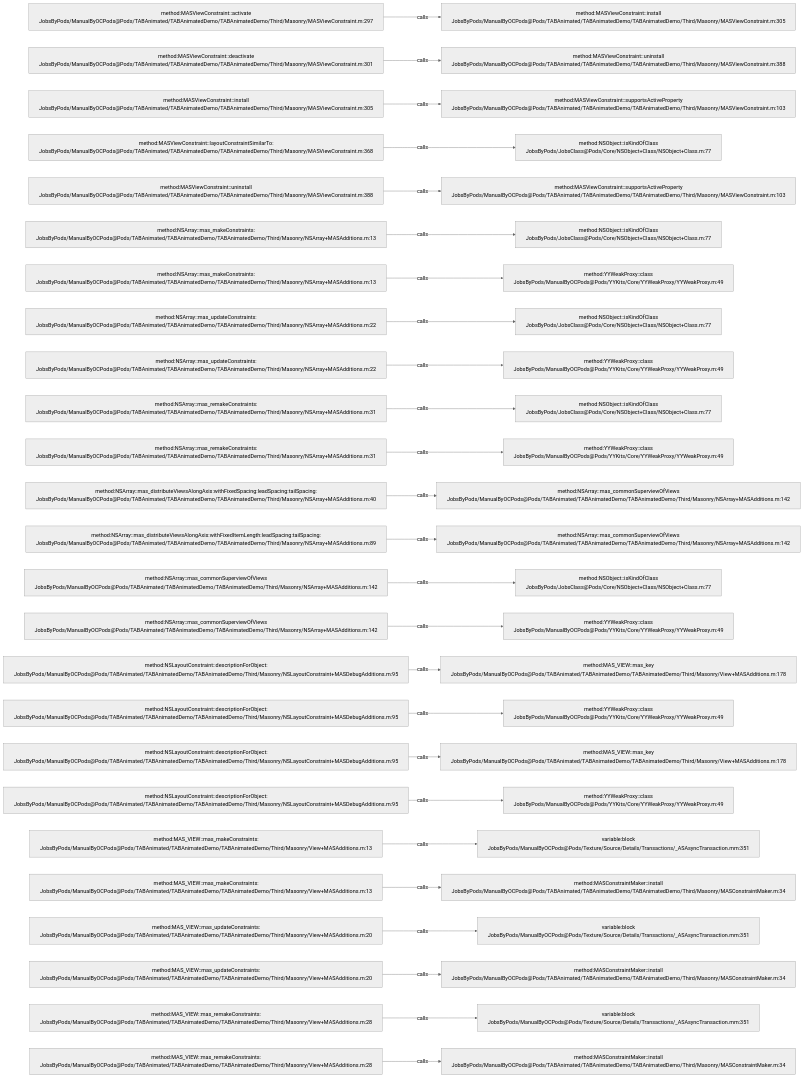
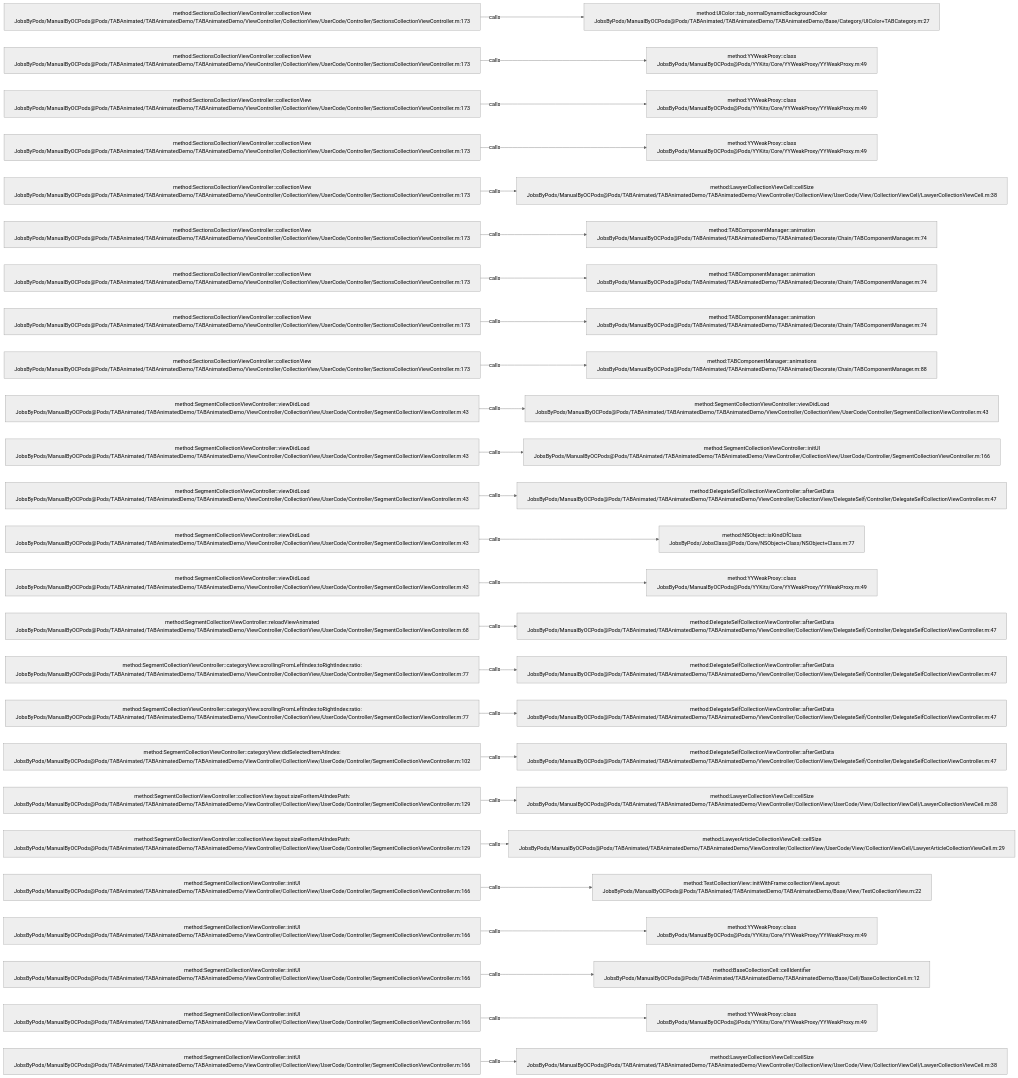
Before and after one commit to JobsKits/JobsOCBaseConfigDemo: the diagram in .codegraph/codegraph.md/graphs/calls-053.md, drawn with Mermaid (neutral theme). The commit also changed 1223 other files, not shown here.

````diff
--- a/.codegraph/codegraph.md/graphs/calls-053.md
+++ b/.codegraph/codegraph.md/graphs/calls-053.md
@@ -13,78 +13,78 @@
 ```mermaid
 flowchart LR
-  S1["method:MASViewConstraint::activate<br/>JobsByPods/ManualByOCPods@Pods/TABAnimated/TABAnimatedDemo/TABAnimatedDemo/Third/Masonry/MASViewConstraint.m:297"]
-  T1["method:MASViewConstraint::install<br/>JobsByPods/ManualByOCPods@Pods/TABAnimated/TABAnimatedDemo/TABAnimatedDemo/Third/Masonry/MASViewConstraint.m:305"]
+  S1["method:SectionsCollectionViewController::collectionView<br/>JobsByPods/ManualByOCPods@Pods/TABAnimated/TABAnimatedDemo/TABAnimatedDemo/ViewController/CollectionView/UserCode/Controller/SectionsCollectionViewController.m:173"]
+  T1["method:UIColor::tab_normalDynamicBackgroundColor<br/>JobsByPods/ManualByOCPods@Pods/TABAnimated/TABAnimatedDemo/TABAnimatedDemo/Base/Category/UIColor+TABCategory.m:27"]
   S1 -->|calls| T1
-  S2["method:MASViewConstraint::deactivate<br/>JobsByPods/ManualByOCPods@Pods/TABAnimated/TABAnimatedDemo/TABAnimatedDemo/Third/Masonry/MASViewConstraint.m:301"]
-  T2["method:MASViewConstraint::uninstall<br/>JobsByPods/ManualByOCPods@Pods/TABAnimated/TABAnimatedDemo/TABAnimatedDemo/Third/Masonry/MASViewConstraint.m:388"]
+  S2["method:SectionsCollectionViewController::collectionView<br/>JobsByPods/ManualByOCPods@Pods/TABAnimated/TABAnimatedDemo/TABAnimatedDemo/ViewController/CollectionView/UserCode/Controller/SectionsCollectionViewController.m:173"]
+  T2["method:YYWeakProxy::class<br/>JobsByPods/ManualByOCPods@Pods/YYKits/Core/YYWeakProxy/YYWeakProxy.m:49"]
   S2 -->|calls| T2
-  S3["method:MASViewConstraint::install<br/>JobsByPods/ManualByOCPods@Pods/TABAnimated/TABAnimatedDemo/TABAnimatedDemo/Third/Masonry/MASViewConstraint.m:305"]
-  T3["method:MASViewConstraint::supportsActiveProperty<br/>JobsByPods/ManualByOCPods@Pods/TABAnimated/TABAnimatedDemo/TABAnimatedDemo/Third/Masonry/MASViewConstraint.m:103"]
+  S3["method:SectionsCollectionViewController::collectionView<br/>JobsByPods/ManualByOCPods@Pods/TABAnimated/TABAnimatedDemo/TABAnimatedDemo/ViewController/CollectionView/UserCode/Controller/SectionsCollectionViewController.m:173"]
+  T3["method:YYWeakProxy::class<br/>JobsByPods/ManualByOCPods@Pods/YYKits/Core/YYWeakProxy/YYWeakProxy.m:49"]
   S3 -->|calls| T3
-  S4["method:MASViewConstraint::layoutConstraintSimilarTo:<br/>JobsByPods/ManualByOCPods@Pods/TABAnimated/TABAnimatedDemo/TABAnimatedDemo/Third/Masonry/MASViewConstraint.m:368"]
-  T4["method:NSObject::isKindOfClass<br/>JobsByPods/JobsClass@Pods/Core/NSObject+Class/NSObject+Class.m:77"]
+  S4["method:SectionsCollectionViewController::collectionView<br/>JobsByPods/ManualByOCPods@Pods/TABAnimated/TABAnimatedDemo/TABAnimatedDemo/ViewController/CollectionView/UserCode/Controller/SectionsCollectionViewController.m:173"]
+  T4["method:YYWeakProxy::class<br/>JobsByPods/ManualByOCPods@Pods/YYKits/Core/YYWeakProxy/YYWeakProxy.m:49"]
   S4 -->|calls| T4
-  S5["method:MASViewConstraint::uninstall<br/>JobsByPods/ManualByOCPods@Pods/TABAnimated/TABAnimatedDemo/TABAnimatedDemo/Third/Masonry/MASViewConstraint.m:388"]
-  T5["method:MASViewConstraint::supportsActiveProperty<br/>JobsByPods/ManualByOCPods@Pods/TABAnimated/TABAnimatedDemo/TABAnimatedDemo/Third/Masonry/MASViewConstraint.m:103"]
+  S5["method:SectionsCollectionViewController::collectionView<br/>JobsByPods/ManualByOCPods@Pods/TABAnimated/TABAnimatedDemo/TABAnimatedDemo/ViewController/CollectionView/UserCode/Controller/SectionsCollectionViewController.m:173"]
+  T5["method:LawyerCollectionViewCell::cellSize<br/>JobsByPods/ManualByOCPods@Pods/TABAnimated/TABAnimatedDemo/TABAnimatedDemo/ViewController/CollectionView/UserCode/View/CollectionViewCell/LawyerCollectionViewCell.m:38"]
   S5 -->|calls| T5
-  S6["method:NSArray::mas_makeConstraints:<br/>JobsByPods/ManualByOCPods@Pods/TABAnimated/TABAnimatedDemo/TABAnimatedDemo/Third/Masonry/NSArray+MASAdditions.m:13"]
-  T6["method:NSObject::isKindOfClass<br/>JobsByPods/JobsClass@Pods/Core/NSObject+Class/NSObject+Class.m:77"]
+  S6["method:SectionsCollectionViewController::collectionView<br/>JobsByPods/ManualByOCPods@Pods/TABAnimated/TABAnimatedDemo/TABAnimatedDemo/ViewController/CollectionView/UserCode/Controller/SectionsCollectionViewController.m:173"]
+  T6["method:TABComponentManager::animation<br/>JobsByPods/ManualByOCPods@Pods/TABAnimated/TABAnimatedDemo/TABAnimated/Decorate/Chain/TABComponentManager.m:74"]
   S6 -->|calls| T6
-  S7["method:NSArray::mas_makeConstraints:<br/>JobsByPods/ManualByOCPods@Pods/TABAnimated/TABAnimatedDemo/TABAnimatedDemo/Third/Masonry/NSArray+MASAdditions.m:13"]
-  T7["method:YYWeakProxy::class<br/>JobsByPods/ManualByOCPods@Pods/YYKits/Core/YYWeakProxy/YYWeakProxy.m:49"]
+  S7["method:SectionsCollectionViewController::collectionView<br/>JobsByPods/ManualByOCPods@Pods/TABAnimated/TABAnimatedDemo/TABAnimatedDemo/ViewController/CollectionView/UserCode/Controller/SectionsCollectionViewController.m:173"]
+  T7["method:TABComponentManager::animation<br/>JobsByPods/ManualByOCPods@Pods/TABAnimated/TABAnimatedDemo/TABAnimated/Decorate/Chain/TABComponentManager.m:74"]
   S7 -->|calls| T7
-  S8["method:NSArray::mas_updateConstraints:<br/>JobsByPods/ManualByOCPods@Pods/TABAnimated/TABAnimatedDemo/TABAnimatedDemo/Third/Masonry/NSArray+MASAdditions.m:22"]
-  T8["method:NSObject::isKindOfClass<br/>JobsByPods/JobsClass@Pods/Core/NSObject+Class/NSObject+Class.m:77"]
+  S8["method:SectionsCollectionViewController::collectionView<br/>JobsByPods/ManualByOCPods@Pods/TABAnimated/TABAnimatedDemo/TABAnimatedDemo/ViewController/CollectionView/UserCode/Controller/SectionsCollectionViewController.m:173"]
+  T8["method:TABComponentManager::animation<br/>JobsByPods/ManualByOCPods@Pods/TABAnimated/TABAnimatedDemo/TABAnimated/Decorate/Chain/TABComponentManager.m:74"]
   S8 -->|calls| T8
-  S9["method:NSArray::mas_updateConstraints:<br/>JobsByPods/ManualByOCPods@Pods/TABAnimated/TABAnimatedDemo/TABAnimatedDemo/Third/Masonry/NSArray+MASAdditions.m:22"]
-  T9["method:YYWeakProxy::class<br/>JobsByPods/ManualByOCPods@Pods/YYKits/Core/YYWeakProxy/YYWeakProxy.m:49"]
+  S9["method:SectionsCollectionViewController::collectionView<br/>JobsByPods/ManualByOCPods@Pods/TABAnimated/TABAnimatedDemo/TABAnimatedDemo/ViewController/CollectionView/UserCode/Controller/SectionsCollectionViewController.m:173"]
+  T9["method:TABComponentManager::animations<br/>JobsByPods/ManualByOCPods@Pods/TABAnimated/TABAnimatedDemo/TABAnimated/Decorate/Chain/TABComponentManager.m:88"]
   S9 -->|calls| T9
-  S10["method:NSArray::mas_remakeConstraints:<br/>JobsByPods/ManualByOCPods@Pods/TABAnimated/TABAnimatedDemo/TABAnimatedDemo/Third/Masonry/NSArray+MASAdditions.m:31"]
-  T10["method:NSObject::isKindOfClass<br/>JobsByPods/JobsClass@Pods/Core/NSObject+Class/NSObject+Class.m:77"]
+  S10["method:SegmentCollectionViewController::viewDidLoad<br/>JobsByPods/ManualByOCPods@Pods/TABAnimated/TABAnimatedDemo/TABAnimatedDemo/ViewController/CollectionView/UserCode/Controller/SegmentCollectionViewController.m:43"]
+  T10["method:SegmentCollectionViewController::viewDidLoad<br/>JobsByPods/ManualByOCPods@Pods/TABAnimated/TABAnimatedDemo/TABAnimatedDemo/ViewController/CollectionView/UserCode/Controller/SegmentCollectionViewController.m:43"]
   S10 -->|calls| T10
-  S11["method:NSArray::mas_remakeConstraints:<br/>JobsByPods/ManualByOCPods@Pods/TABAnimated/TABAnimatedDemo/TABAnimatedDemo/Third/Masonry/NSArray+MASAdditions.m:31"]
-  T11["method:YYWeakProxy::class<br/>JobsByPods/ManualByOCPods@Pods/YYKits/Core/YYWeakProxy/YYWeakProxy.m:49"]
+  S11["method:SegmentCollectionViewController::viewDidLoad<br/>JobsByPods/ManualByOCPods@Pods/TABAnimated/TABAnimatedDemo/TABAnimatedDemo/ViewController/CollectionView/UserCode/Controller/SegmentCollectionViewController.m:43"]
+  T11["method:SegmentCollectionViewController::initUI<br/>JobsByPods/ManualByOCPods@Pods/TABAnimated/TABAnimatedDemo/TABAnimatedDemo/ViewController/CollectionView/UserCode/Controller/SegmentCollectionViewController.m:166"]
   S11 -->|calls| T11
-  S12["method:NSArray::mas_distributeViewsAlongAxis:withFixedSpacing:leadSpacing:tailSpacing:<br/>JobsByPods/ManualByOCPods@Pods/TABAnimated/TABAnimatedDemo/TABAnimatedDemo/Third/Masonry/NSArray+MASAdditions.m:40"]
-  T12["method:NSArray::mas_commonSuperviewOfViews<br/>JobsByPods/ManualByOCPods@Pods/TABAnimated/TABAnimatedDemo/TABAnimatedDemo/Third/Masonry/NSArray+MASAdditions.m:142"]
+  S12["method:SegmentCollectionViewController::viewDidLoad<br/>JobsByPods/ManualByOCPods@Pods/TABAnimated/TABAnimatedDemo/TABAnimatedDemo/ViewController/CollectionView/UserCode/Controller/SegmentCollectionViewController.m:43"]
+  T12["method:DelegateSelfCollectionViewController::afterGetData<br/>JobsByPods/ManualByOCPods@Pods/TABAnimated/TABAnimatedDemo/TABAnimatedDemo/ViewController/CollectionView/DelegateSelf/Controller/DelegateSelfCollectionViewController.m:47"]
   S12 -->|calls| T12
-  S13["method:NSArray::mas_distributeViewsAlongAxis:withFixedItemLength:leadSpacing:tailSpacing:<br/>JobsByPods/ManualByOCPods@Pods/TABAnimated/TABAnimatedDemo/TABAnimatedDemo/Third/Masonry/NSArray+MASAdditions.m:89"]
-  T13["method:NSArray::mas_commonSuperviewOfViews<br/>JobsByPods/ManualByOCPods@Pods/TABAnimated/TABAnimatedDemo/TABAnimatedDemo/Third/Masonry/NSArray+MASAdditions.m:142"]
+  S13["method:SegmentCollectionViewController::viewDidLoad<br/>JobsByPods/ManualByOCPods@Pods/TABAnimated/TABAnimatedDemo/TABAnimatedDemo/ViewController/CollectionView/UserCode/Controller/SegmentCollectionViewController.m:43"]
+  T13["method:NSObject::isKindOfClass<br/>JobsByPods/JobsClass@Pods/Core/NSObject+Class/NSObject+Class.m:77"]
   S13 -->|calls| T13
-  S14["method:NSArray::mas_commonSuperviewOfViews<br/>JobsByPods/ManualByOCPods@Pods/TABAnimated/TABAnimatedDemo/TABAnimatedDemo/Third/Masonry/NSArray+MASAdditions.m:142"]
-  T14["method:NSObject::isKindOfClass<br/>JobsByPods/JobsClass@Pods/Core/NSObject+Class/NSObject+Class.m:77"]
+  S14["method:SegmentCollectionViewController::viewDidLoad<br/>JobsByPods/ManualByOCPods@Pods/TABAnimated/TABAnimatedDemo/TABAnimatedDemo/ViewController/CollectionView/UserCode/Controller/SegmentCollectionViewController.m:43"]
+  T14["method:YYWeakProxy::class<br/>JobsByPods/ManualByOCPods@Pods/YYKits/Core/YYWeakProxy/YYWeakProxy.m:49"]
   S14 -->|calls| T14
-  S15["method:NSArray::mas_commonSuperviewOfViews<br/>JobsByPods/ManualByOCPods@Pods/TABAnimated/TABAnimatedDemo/TABAnimatedDemo/Third/Masonry/NSArray+MASAdditions.m:142"]
-  T15["method:YYWeakProxy::class<br/>JobsByPods/ManualByOCPods@Pods/YYKits/Core/YYWeakProxy/YYWeakProxy.m:49"]
+  S15["method:SegmentCollectionViewController::reloadViewAnimated<br/>JobsByPods/ManualByOCPods@Pods/TABAnimated/TABAnimatedDemo/TABAnimatedDemo/ViewController/CollectionView/UserCode/Controller/SegmentCollectionViewController.m:68"]
+  T15["method:DelegateSelfCollectionViewController::afterGetData<br/>JobsByPods/ManualByOCPods@Pods/TABAnimated/TABAnimatedDemo/TABAnimatedDemo/ViewController/CollectionView/DelegateSelf/Controller/DelegateSelfCollectionViewController.m:47"]
   S15 -->|calls| T15
-  S16["method:NSLayoutConstraint::descriptionForObject:<br/>JobsByPods/ManualByOCPods@Pods/TABAnimated/TABAnimatedDemo/TABAnimatedDemo/Third/Masonry/NSLayoutConstraint+MASDebugAdditions.m:95"]
-  T16["method:MAS_VIEW::mas_key<br/>JobsByPods/ManualByOCPods@Pods/TABAnimated/TABAnimatedDemo/TABAnimatedDemo/Third/Masonry/View+MASAdditions.m:178"]
+  S16["method:SegmentCollectionViewController::categoryView:scrollingFromLeftIndex:toRightIndex:ratio:<br/>JobsByPods/ManualByOCPods@Pods/TABAnimated/TABAnimatedDemo/TABAnimatedDemo/ViewController/CollectionView/UserCode/Controller/SegmentCollectionViewController.m:77"]
+  T16["method:DelegateSelfCollectionViewController::afterGetData<br/>JobsByPods/ManualByOCPods@Pods/TABAnimated/TABAnimatedDemo/TABAnimatedDemo/ViewController/CollectionView/DelegateSelf/Controller/DelegateSelfCollectionViewController.m:47"]
   S16 -->|calls| T16
-  S17["method:NSLayoutConstraint::descriptionForObject:<br/>JobsByPods/ManualByOCPods@Pods/TABAnimated/TABAnimatedDemo/TABAnimatedDemo/Third/Masonry/NSLayoutConstraint+MASDebugAdditions.m:95"]
-  T17["method:YYWeakProxy::class<br/>JobsByPods/ManualByOCPods@Pods/YYKits/Core/YYWeakProxy/YYWeakProxy.m:49"]
+  S17["method:SegmentCollectionViewController::categoryView:scrollingFromLeftIndex:toRightIndex:ratio:<br/>JobsByPods/ManualByOCPods@Pods/TABAnimated/TABAnimatedDemo/TABAnimatedDemo/ViewController/CollectionView/UserCode/Controller/SegmentCollectionViewController.m:77"]
+  T17["method:DelegateSelfCollectionViewController::afterGetData<br/>JobsByPods/ManualByOCPods@Pods/TABAnimated/TABAnimatedDemo/TABAnimatedDemo/ViewController/CollectionView/DelegateSelf/Controller/DelegateSelfCollectionViewController.m:47"]
   S17 -->|calls| T17
-  S18["method:NSLayoutConstraint::descriptionForObject:<br/>JobsByPods/ManualByOCPods@Pods/TABAnimated/TABAnimatedDemo/TABAnimatedDemo/Third/Masonry/NSLayoutConstraint+MASDebugAdditions.m:95"]
-  T18["method:MAS_VIEW::mas_key<br/>JobsByPods/ManualByOCPods@Pods/TABAnimated/TABAnimatedDemo/TABAnimatedDemo/Third/Masonry/View+MASAdditions.m:178"]
+  S18["method:SegmentCollectionViewController::categoryView:didSelectedItemAtIndex:<br/>JobsByPods/ManualByOCPods@Pods/TABAnimated/TABAnimatedDemo/TABAnimatedDemo/ViewController/CollectionView/UserCode/Controller/SegmentCollectionViewController.m:102"]
+  T18["method:DelegateSelfCollectionViewController::afterGetData<br/>JobsByPods/ManualByOCPods@Pods/TABAnimated/TABAnimatedDemo/TABAnimatedDemo/ViewController/CollectionView/DelegateSelf/Controller/DelegateSelfCollectionViewController.m:47"]
   S18 -->|calls| T18
-  S19["method:NSLayoutConstraint::descriptionForObject:<br/>JobsByPods/ManualByOCPods@Pods/TABAnimated/TABAnimatedDemo/TABAnimatedDemo/Third/Masonry/NSLayoutConstraint+MASDebugAdditions.m:95"]
-  T19["method:YYWeakProxy::class<br/>JobsByPods/ManualByOCPods@Pods/YYKits/Core/YYWeakProxy/YYWeakProxy.m:49"]
+  S19["method:SegmentCollectionViewController::collectionView:layout:sizeForItemAtIndexPath:<br/>JobsByPods/ManualByOCPods@Pods/TABAnimated/TABAnimatedDemo/TABAnimatedDemo/ViewController/CollectionView/UserCode/Controller/SegmentCollectionViewController.m:129"]
+  T19["method:LawyerCollectionViewCell::cellSize<br/>JobsByPods/ManualByOCPods@Pods/TABAnimated/TABAnimatedDemo/TABAnimatedDemo/ViewController/CollectionView/UserCode/View/CollectionViewCell/LawyerCollectionViewCell.m:38"]
   S19 -->|calls| T19
-  S20["method:MAS_VIEW::mas_makeConstraints:<br/>JobsByPods/ManualByOCPods@Pods/TABAnimated/TABAnimatedDemo/TABAnimatedDemo/Third/Masonry/View+MASAdditions.m:13"]
-  T20["variable:block<br/>JobsByPods/ManualByOCPods@Pods/Texture/Source/Details/Transactions/_ASAsyncTransaction.mm:351"]
+  S20["method:SegmentCollectionViewController::collectionView:layout:sizeForItemAtIndexPath:<br/>JobsByPods/ManualByOCPods@Pods/TABAnimated/TABAnimatedDemo/TABAnimatedDemo/ViewController/CollectionView/UserCode/Controller/SegmentCollectionViewController.m:129"]
+  T20["method:LawyerArticleCollectionViewCell::cellSize<br/>JobsByPods/ManualByOCPods@Pods/TABAnimated/TABAnimatedDemo/TABAnimatedDemo/ViewController/CollectionView/UserCode/View/CollectionViewCell/LawyerArticleCollectionViewCell.m:29"]
   S20 -->|calls| T20
-  S21["method:MAS_VIEW::mas_makeConstraints:<br/>JobsByPods/ManualByOCPods@Pods/TABAnimated/TABAnimatedDemo/TABAnimatedDemo/Third/Masonry/View+MASAdditions.m:13"]
-  T21["method:MASConstraintMaker::install<br/>JobsByPods/ManualByOCPods@Pods/TABAnimated/TABAnimatedDemo/TABAnimatedDemo/Third/Masonry/MASConstraintMaker.m:34"]
+  S21["method:SegmentCollectionViewController::initUI<br/>JobsByPods/ManualByOCPods@Pods/TABAnimated/TABAnimatedDemo/TABAnimatedDemo/ViewController/CollectionView/UserCode/Controller/SegmentCollectionViewController.m:166"]
+  T21["method:TestCollectionView::initWithFrame:collectionViewLayout:<br/>JobsByPods/ManualByOCPods@Pods/TABAnimated/TABAnimatedDemo/TABAnimatedDemo/Base/View/TestCollectionView.m:22"]
   S21 -->|calls| T21
-  S22["method:MAS_VIEW::mas_updateConstraints:<br/>JobsByPods/ManualByOCPods@Pods/TABAnimated/TABAnimatedDemo/TABAnimatedDemo/Third/Masonry/View+MASAdditions.m:20"]
-  T22["variable:block<br/>JobsByPods/ManualByOCPods@Pods/Texture/Source/Details/Transactions/_ASAsyncTransaction.mm:351"]
+  S22["method:SegmentCollectionViewController::initUI<br/>JobsByPods/ManualByOCPods@Pods/TABAnimated/TABAnimatedDemo/TABAnimatedDemo/ViewController/CollectionView/UserCode/Controller/SegmentCollectionViewController.m:166"]
+  T22["method:YYWeakProxy::class<br/>JobsByPods/ManualByOCPods@Pods/YYKits/Core/YYWeakProxy/YYWeakProxy.m:49"]
   S22 -->|calls| T22
-  S23["method:MAS_VIEW::mas_updateConstraints:<br/>JobsByPods/ManualByOCPods@Pods/TABAnimated/TABAnimatedDemo/TABAnimatedDemo/Third/Masonry/View+MASAdditions.m:20"]
-  T23["method:MASConstraintMaker::install<br/>JobsByPods/ManualByOCPods@Pods/TABAnimated/TABAnimatedDemo/TABAnimatedDemo/Third/Masonry/MASConstraintMaker.m:34"]
+  S23["method:SegmentCollectionViewController::initUI<br/>JobsByPods/ManualByOCPods@Pods/TABAnimated/TABAnimatedDemo/TABAnimatedDemo/ViewController/CollectionView/UserCode/Controller/SegmentCollectionViewController.m:166"]
+  T23["method:BaseCollectionCell::cellIdentifier<br/>JobsByPods/ManualByOCPods@Pods/TABAnimated/TABAnimatedDemo/TABAnimatedDemo/Base/Cell/BaseCollectionCell.m:12"]
   S23 -->|calls| T23
-  S24["method:MAS_VIEW::mas_remakeConstraints:<br/>JobsByPods/ManualByOCPods@Pods/TABAnimated/TABAnimatedDemo/TABAnimatedDemo/Third/Masonry/View+MASAdditions.m:28"]
-  T24["variable:block<br/>JobsByPods/ManualByOCPods@Pods/Texture/Source/Details/Transactions/_ASAsyncTransaction.mm:351"]
+  S24["method:SegmentCollectionViewController::initUI<br/>JobsByPods/ManualByOCPods@Pods/TABAnimated/TABAnimatedDemo/TABAnimatedDemo/ViewController/CollectionView/UserCode/Controller/SegmentCollectionViewController.m:166"]
+  T24["method:YYWeakProxy::class<br/>JobsByPods/ManualByOCPods@Pods/YYKits/Core/YYWeakProxy/YYWeakProxy.m:49"]
   S24 -->|calls| T24
-  S25["method:MAS_VIEW::mas_remakeConstraints:<br/>JobsByPods/ManualByOCPods@Pods/TABAnimated/TABAnimatedDemo/TABAnimatedDemo/Third/Masonry/View+MASAdditions.m:28"]
-  T25["method:MASConstraintMaker::install<br/>JobsByPods/ManualByOCPods@Pods/TABAnimated/TABAnimatedDemo/TABAnimatedDemo/Third/Masonry/MASConstraintMaker.m:34"]
+  S25["method:SegmentCollectionViewController::initUI<br/>JobsByPods/ManualByOCPods@Pods/TABAnimated/TABAnimatedDemo/TABAnimatedDemo/ViewController/CollectionView/UserCode/Controller/SegmentCollectionViewController.m:166"]
+  T25["method:LawyerCollectionViewCell::cellSize<br/>JobsByPods/ManualByOCPods@Pods/TABAnimated/TABAnimatedDemo/TABAnimatedDemo/ViewController/CollectionView/UserCode/View/CollectionViewCell/LawyerCollectionViewCell.m:38"]
   S25 -->|calls| T25
 ```
````
